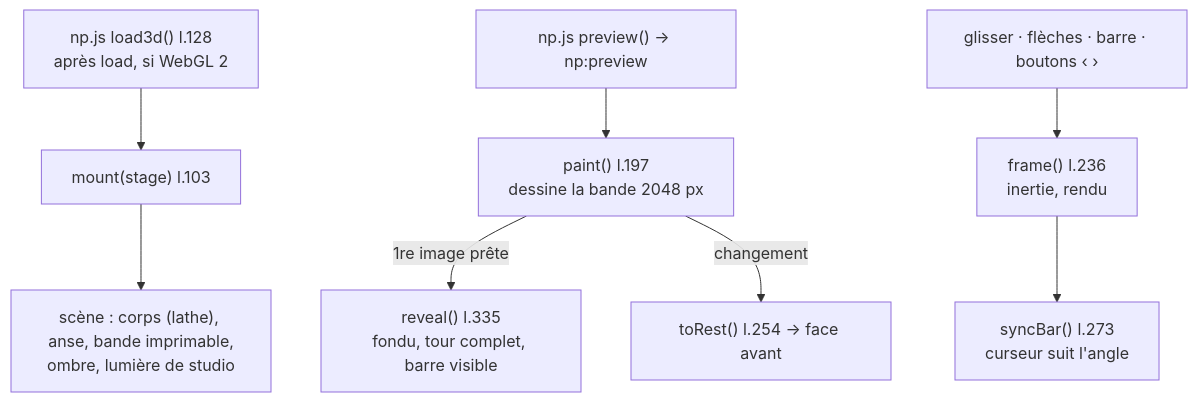
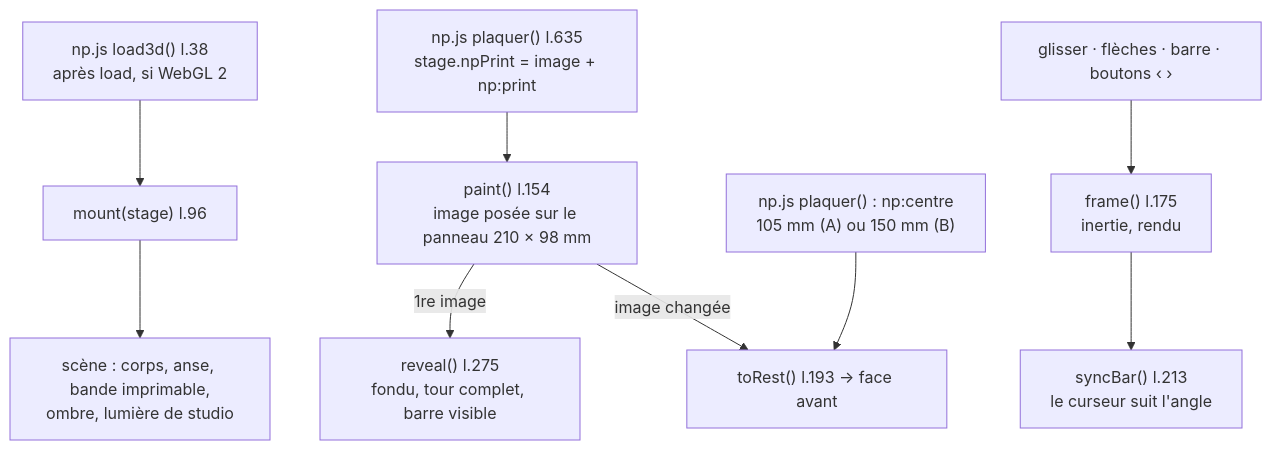
The diagram in 5-boutique/2-modules/MOD - Mug 3D.md (SylvainCode42A/Drop-Shipping-Agentique), drawn with Mermaid before and after one commit. The commit also changed other lines of this file and 3 other files, not shown here.

Commit message:
MOD Mug 3D et fiche produit à jour v8, FLOW Lots et trio, 2 lignes A VERIFIER

````diff
--- a/5-boutique/2-modules/MOD - Mug 3D.md
+++ b/5-boutique/2-modules/MOD - Mug 3D.md
@@ -28,10 +30,11 @@
 ```mermaid
 flowchart TD
-    L["np.js load3d() l.128<br/>après load, si WebGL 2"] --> M["mount(stage) l.103"]
-    M --> SC["scène : corps (lathe), anse, bande imprimable,<br/>ombre, lumière de studio"]
-    P["np.js preview() → np:preview"] --> PA["paint() l.197<br/>dessine la bande 2048 px"]
-    PA -->|1re image prête| RV["reveal() l.335<br/>fondu, tour complet, barre visible"]
-    PA -->|changement| TR["toRest() l.254 → face avant"]
-    IN["glisser · flèches · barre · boutons ‹ ›"] --> F["frame() l.236<br/>inertie, rendu"]
-    F --> SB["syncBar() l.273<br/>curseur suit l'angle"]
+    L["np.js load3d() l.38<br/>après load, si WebGL 2"] --> M["mount(stage) l.96"]
+    M --> SC["scène : corps, anse, bande imprimable,<br/>ombre, lumière de studio"]
+    P["np.js plaquer() l.635<br/>stage.npPrint = image + np:print"] --> PA["paint() l.154<br/>image posée sur le panneau 210 × 98 mm"]
+    C["np.js plaquer() : np:centre<br/>105 mm (A) ou 150 mm (B)"] --> TR
+    PA -->|1re image| RV["reveal() l.275<br/>fondu, tour complet, barre visible"]
+    PA -->|image changée| TR["toRest() l.193 → face avant"]
+    IN["glisser · flèches · barre · boutons ‹ ›"] --> F["frame() l.175<br/>inertie, rendu"]
+    F --> SB["syncBar() l.213<br/>le curseur suit l'angle"]
 ```
````
